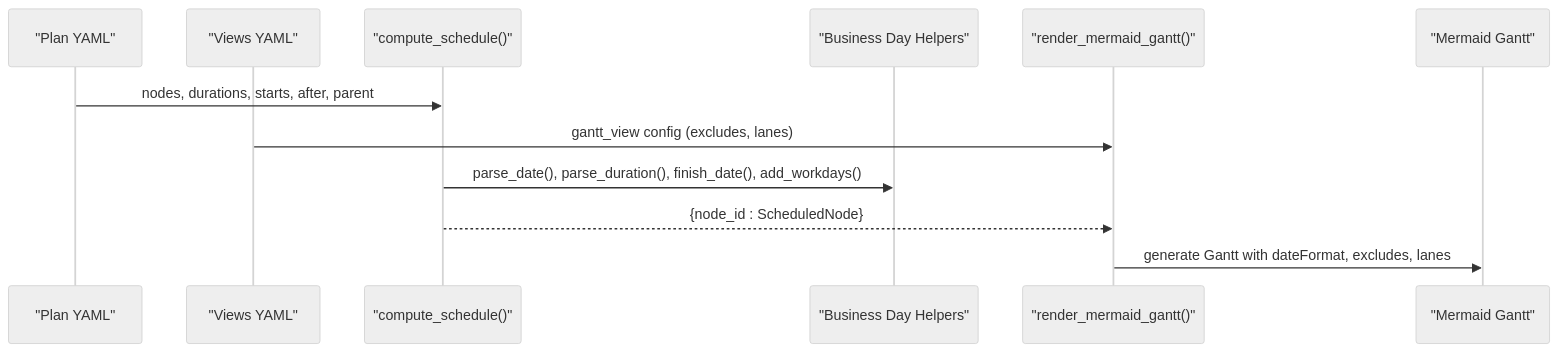
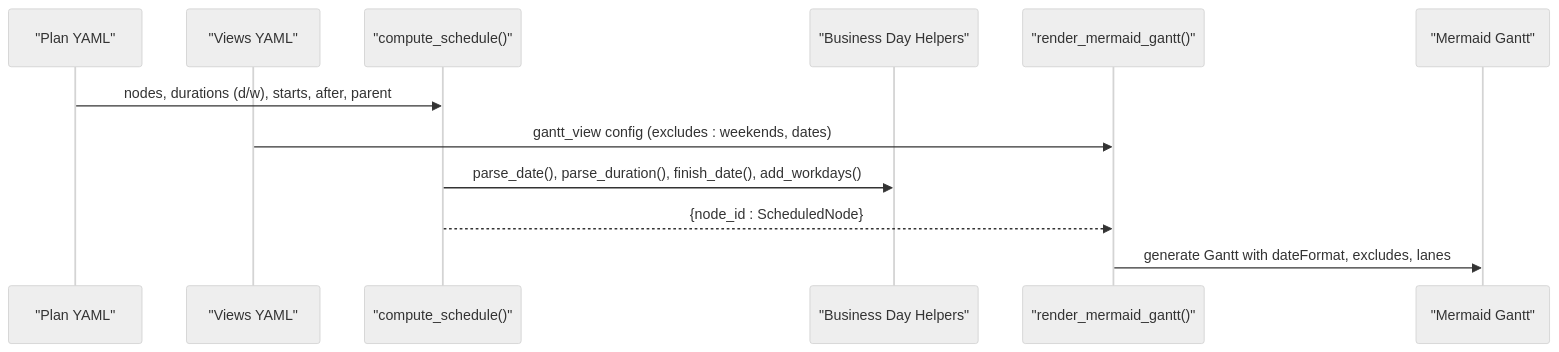
Before and after one commit to asukhodko/opskarta: the second of 6 diagrams in .qoder/repowiki/en/content/Specification Reference/Data Models/Temporal Planning and Scheduling.md, drawn with Mermaid (neutral theme). The commit also changed other lines of this file and 5 other files, not shown here.

````diff
--- a/.qoder/repowiki/en/content/Specification Reference/Data Models/Temporal Planning and Scheduling.md
+++ b/.qoder/repowiki/en/content/Specification Reference/Data Models/Temporal Planning and Scheduling.md
@@ -112,14 +138,14 @@
 ```mermaid
 sequenceDiagram
 participant Plan as "Plan YAML"
 participant View as "Views YAML"
 participant Sched as "compute_schedule()"
 participant BD as "Business Day Helpers"
 participant Render as "render_mermaid_gantt()"
 participant Out as "Mermaid Gantt"
-Plan->>Sched : nodes, durations, starts, after, parent
-View->>Render : gantt_view config (excludes, lanes)
+Plan->>Sched : nodes, durations (d/w), starts, after, parent
+View->>Render : gantt_view config (excludes : weekends, dates)
 Sched->>BD : parse_date(), parse_duration(), finish_date(), add_workdays()
 Sched-->>Render : {node_id : ScheduledNode}
 Render->>Out : generate Gantt with dateFormat, excludes, lanes
 ```
````
